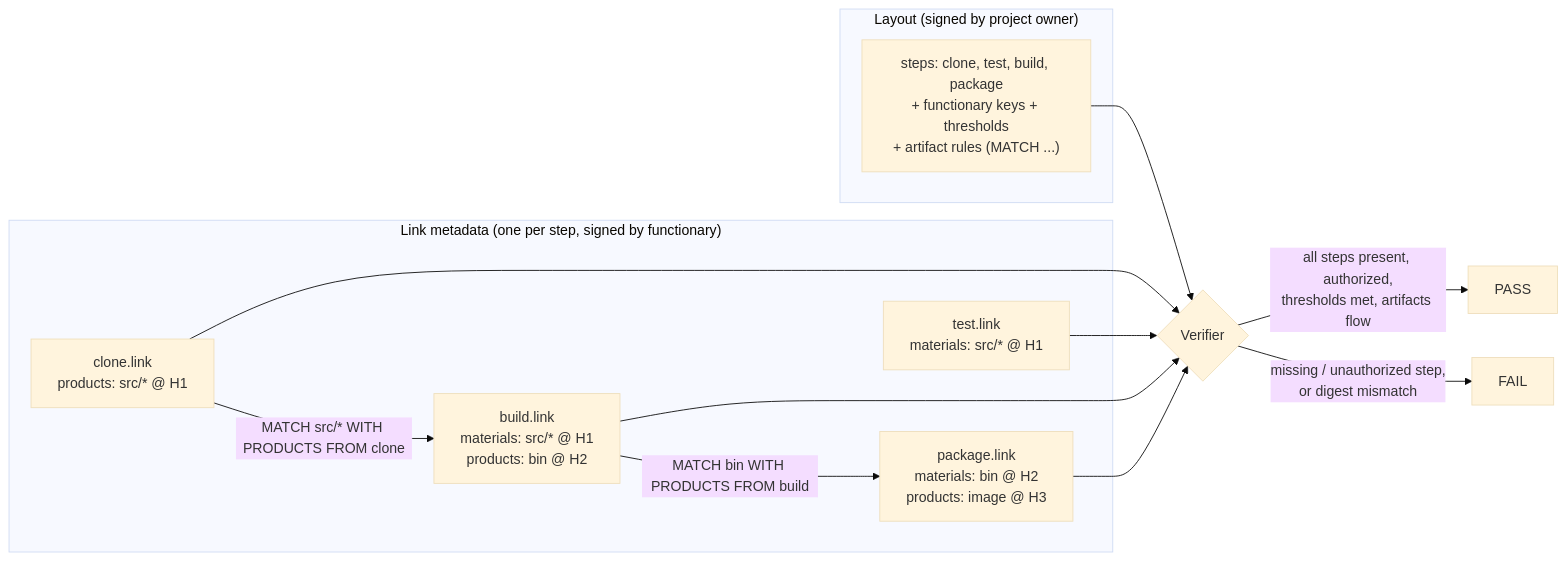
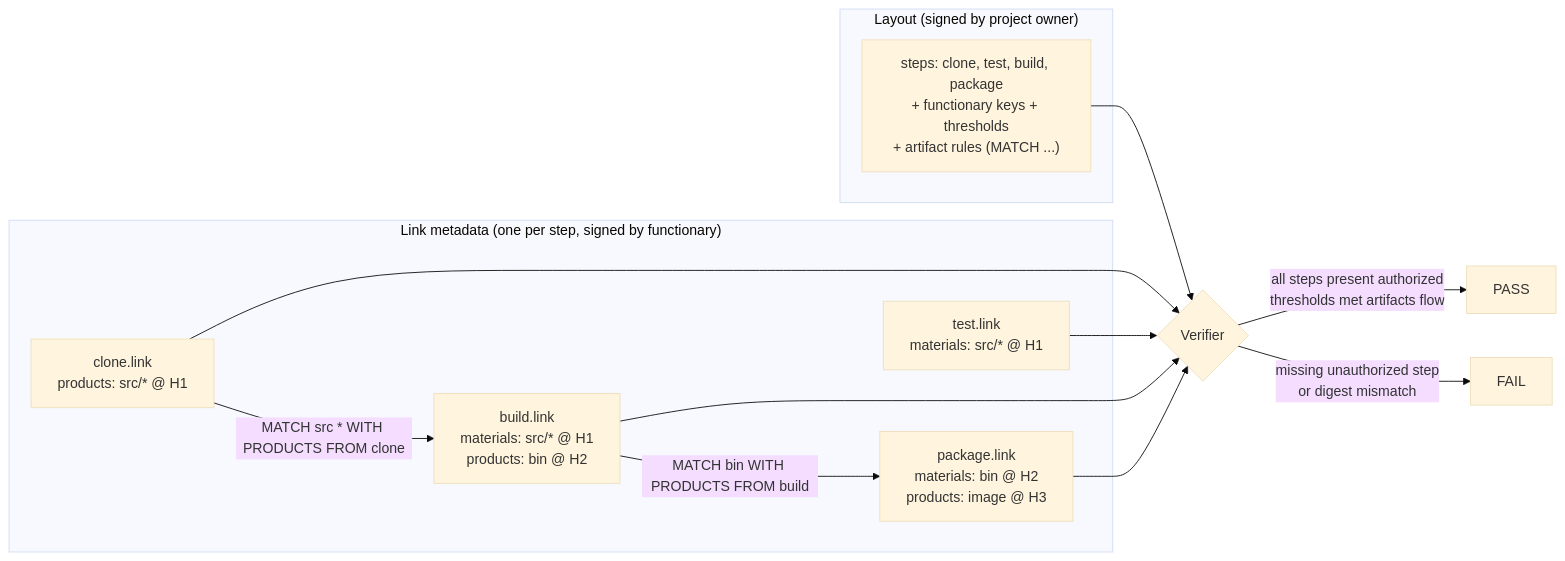
Before and after one commit to bumbsclaw/textbooks: the fourth of 8 diagrams in book-05-signing-attestation/ch06-in-toto.md, drawn with Mermaid (base theme). The commit also changed other lines of this file and 173 other files, not shown here.

First line of the commit message:
fix(mermaid): close note brackets, semicolons in Notes, stateDiagram br -> dash, edge parens

````diff
--- a/book-05-signing-attestation/ch06-in-toto.md
+++ b/book-05-signing-attestation/ch06-in-toto.md
@@ -410,21 +410,21 @@
 ```mermaid
 flowchart LR
   subgraph L["Layout (signed by project owner)"]
     LS["steps: clone, test, build, package<br/>+ functionary keys + thresholds<br/>+ artifact rules (MATCH ...)"]
   end
   subgraph links["Link metadata (one per step, signed by functionary)"]
     L1["clone.link<br/>products: src/* @ H1"]
     L2["test.link<br/>materials: src/* @ H1"]
     L3["build.link<br/>materials: src/* @ H1<br/>products: bin @ H2"]
     L4["package.link<br/>materials: bin @ H2<br/>products: image @ H3"]
   end
-  L1 -->|"MATCH src/* WITH PRODUCTS FROM clone"| L3
+  L1 -->|"MATCH src * WITH PRODUCTS FROM clone"| L3
   L3 -->|"MATCH bin WITH PRODUCTS FROM build"| L4
   LS --> V{"Verifier"}
   L1 --> V
   L2 --> V
   L3 --> V
   L4 --> V
-  V -->|"all steps present, authorized,<br/>thresholds met, artifacts flow"| PASS["PASS"]
-  V -->|"missing / unauthorized step,<br/>or digest mismatch"| FAIL["FAIL"]
+  V -->|"all steps present authorized <br >thresholds met artifacts flow"| PASS["PASS"]
+  V -->|"missing unauthorized step <br >or digest mismatch"| FAIL["FAIL"]
 ```
````
